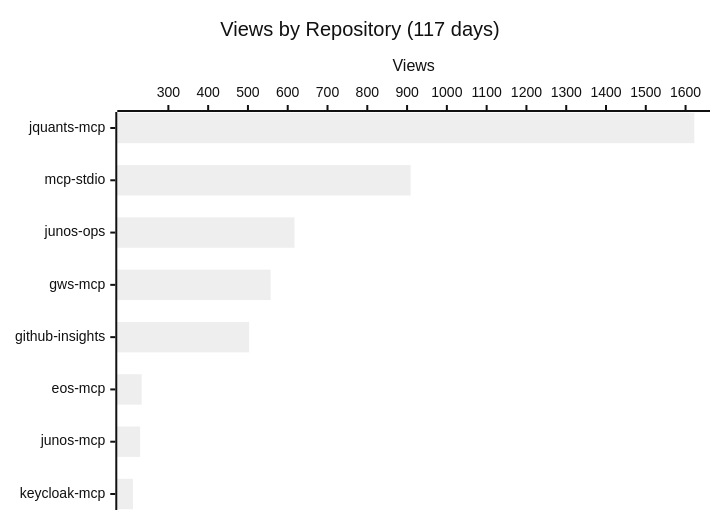
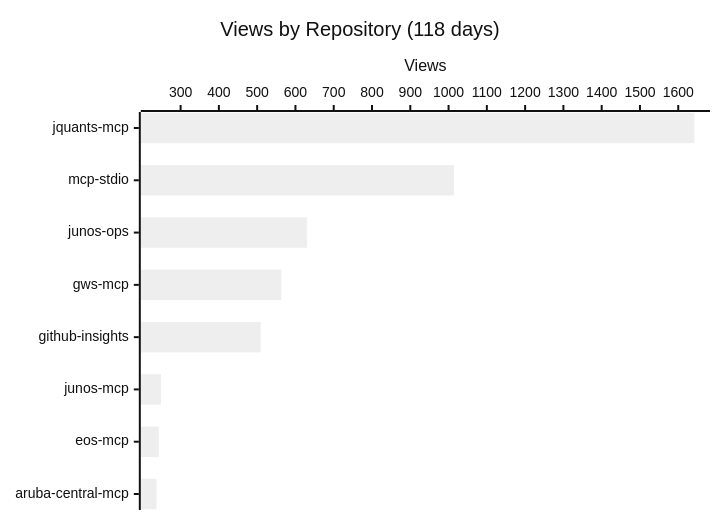
The first of 4 diagrams in README.md (shigechika/github-insights), drawn with Mermaid (neutral theme) before and after one commit. The commit also changed other lines of this file and 2 other files, not shown here.

````diff
--- a/README.md
+++ b/README.md
@@ -18,7 +18,7 @@
 ```mermaid
 xychart-beta horizontal
-    title "Views by Repository (117 days)"
-    x-axis ["jquants-mcp", "mcp-stdio", "junos-ops", "gws-mcp", "github-insights", "eos-mcp", "junos-mcp", "keycloak-mcp"]
+    title "Views by Repository (118 days)"
+    x-axis ["jquants-mcp", "mcp-stdio", "junos-ops", "gws-mcp", "github-insights", "junos-mcp", "eos-mcp", "aruba-central-mcp"]
     y-axis "Views"
-    bar [1622, 909, 617, 557, 503, 233, 229, 211]
+    bar [1642, 1014, 630, 563, 509, 249, 243, 237]
 ```
````
